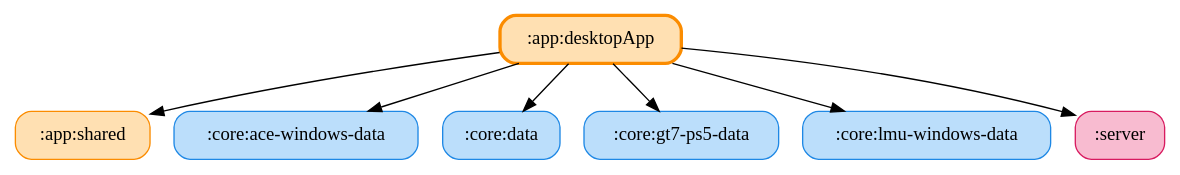
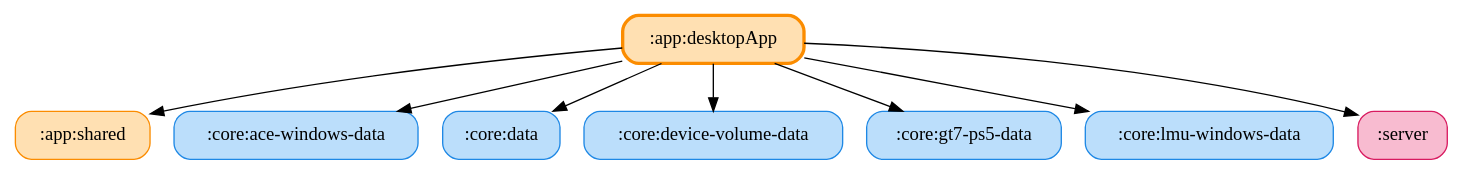
The diagram in docs/graphs/app-desktopApp.gv (ai-kurou/KoDriver), drawn with Graphviz before and after one commit. The commit also changed 7 other files, not shown here.

Commit message:
chore: update module graph images

```diff
--- a/docs/graphs/app-desktopApp.gv
+++ b/docs/graphs/app-desktopApp.gv
@@ -1,17 +1,19 @@
 digraph G {
   rankdir=TB
   node [shape=box, style="rounded,filled"]
   ":app:desktopApp" [fillcolor="#FFE0B2", color="#FB8C00", penwidth=2.5]
   ":app:shared" [fillcolor="#FFE0B2", color="#FB8C00", penwidth=1]
   ":core:ace-windows-data" [fillcolor="#BBDEFB", color="#1E88E5", penwidth=1]
   ":core:data" [fillcolor="#BBDEFB", color="#1E88E5", penwidth=1]
+  ":core:device-volume-data" [fillcolor="#BBDEFB", color="#1E88E5", penwidth=1]
   ":core:gt7-ps5-data" [fillcolor="#BBDEFB", color="#1E88E5", penwidth=1]
   ":core:lmu-windows-data" [fillcolor="#BBDEFB", color="#1E88E5", penwidth=1]
   ":server" [fillcolor="#F8BBD0", color="#D81B60", penwidth=1]
   ":app:desktopApp" -> ":app:shared"
   ":app:desktopApp" -> ":core:data"
   ":app:desktopApp" -> ":core:lmu-windows-data"
   ":app:desktopApp" -> ":core:gt7-ps5-data"
   ":app:desktopApp" -> ":core:ace-windows-data"
+  ":app:desktopApp" -> ":core:device-volume-data"
   ":app:desktopApp" -> ":server"
 }
```
